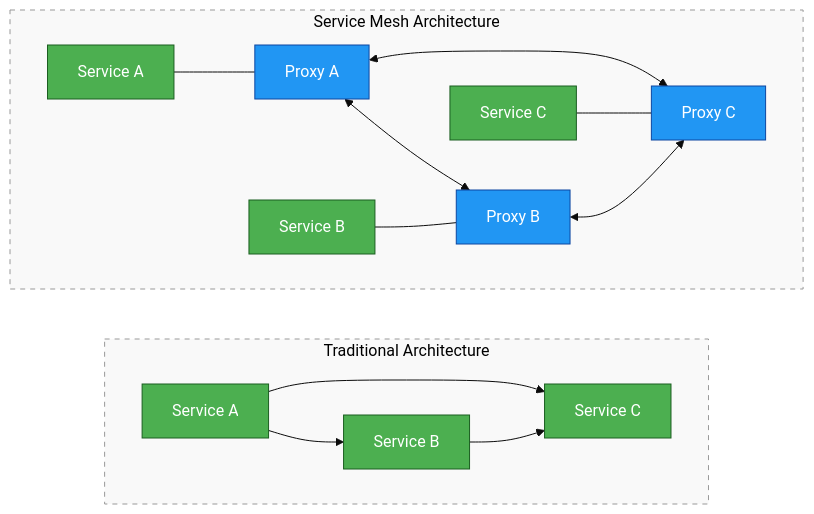
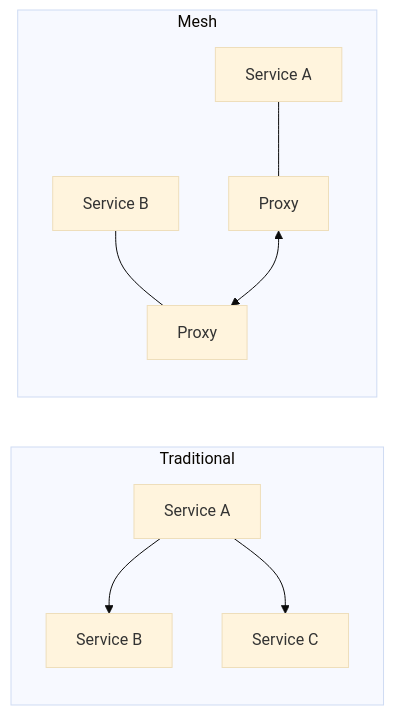
One commit to sandeep-1010-cool/NTT_DATA changed the first of 5 diagrams in Istio/01_Istio_Theory_Guide.md. Above: the diagram before and after it, drawn with Mermaid (base theme). The commit also changed other lines of this file, not shown here.

````diff
--- a/Istio/01_Istio_Theory_Guide.md
+++ b/Istio/01_Istio_Theory_Guide.md
@@ -50,32 +42,12 @@
 ```mermaid
 graph LR
-    %% Styling definitions
-    classDef service fill:#4CAF50,stroke:#1B5E20,color:white
-    classDef proxy fill:#2196F3,stroke:#0D47A1,color:white
-    classDef title fill:#f9f9f9,stroke:#999,color:black,stroke-dasharray: 5 5
-
-    %% Traditional Architecture
-    subgraph Traditional["Traditional Architecture"]
-        direction LR
+    subgraph Traditional
         A1[Service A] --> B1[Service B]
         A1 --> C1[Service C]
-        B1 --> C1
     end
-
-    %% Service Mesh Architecture
-    subgraph Mesh["Service Mesh Architecture"]
-        direction LR
-        A2[Service A] --- PA[Proxy A]
-        B2[Service B] --- PB[Proxy B]
-        C2[Service C] --- PC[Proxy C]
-        
+    subgraph Mesh
+        A2[Service A] --- PA[Proxy]
+        B2[Service B] --- PB[Proxy]
         PA <--> PB
-        PA <--> PC
-        PB <--> PC
     end
-
-    %% Apply styles
-    class A1,B1,C1,A2,B2,C2 service
-    class PA,PB,PC proxy
-    class Traditional,Mesh title
 ```
````
